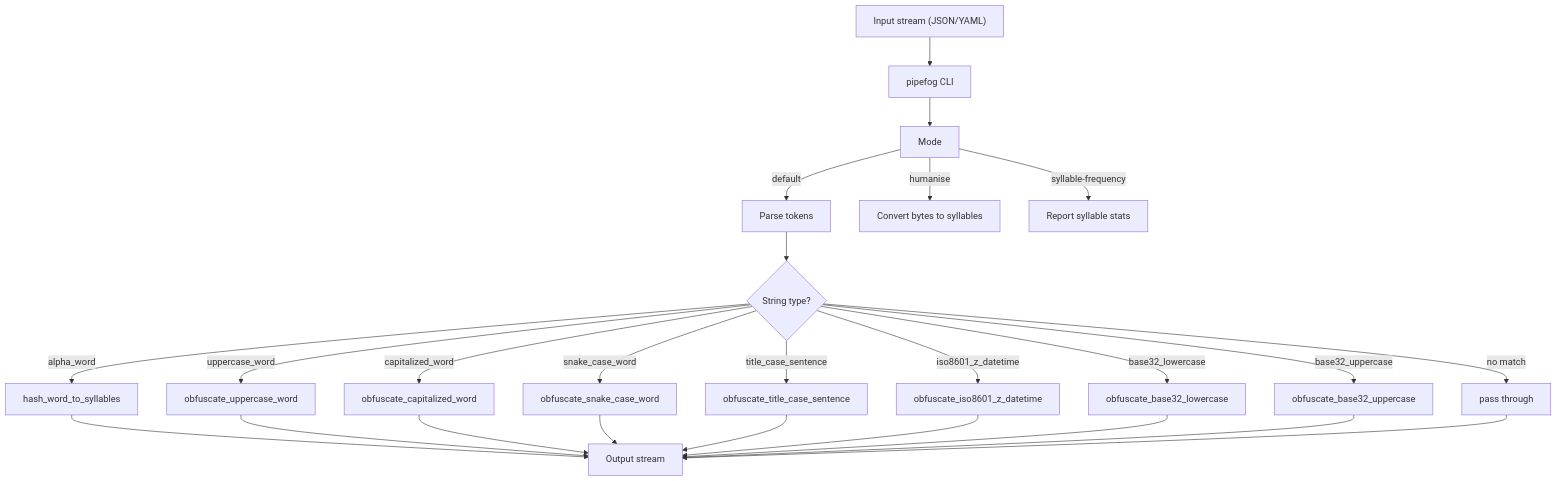
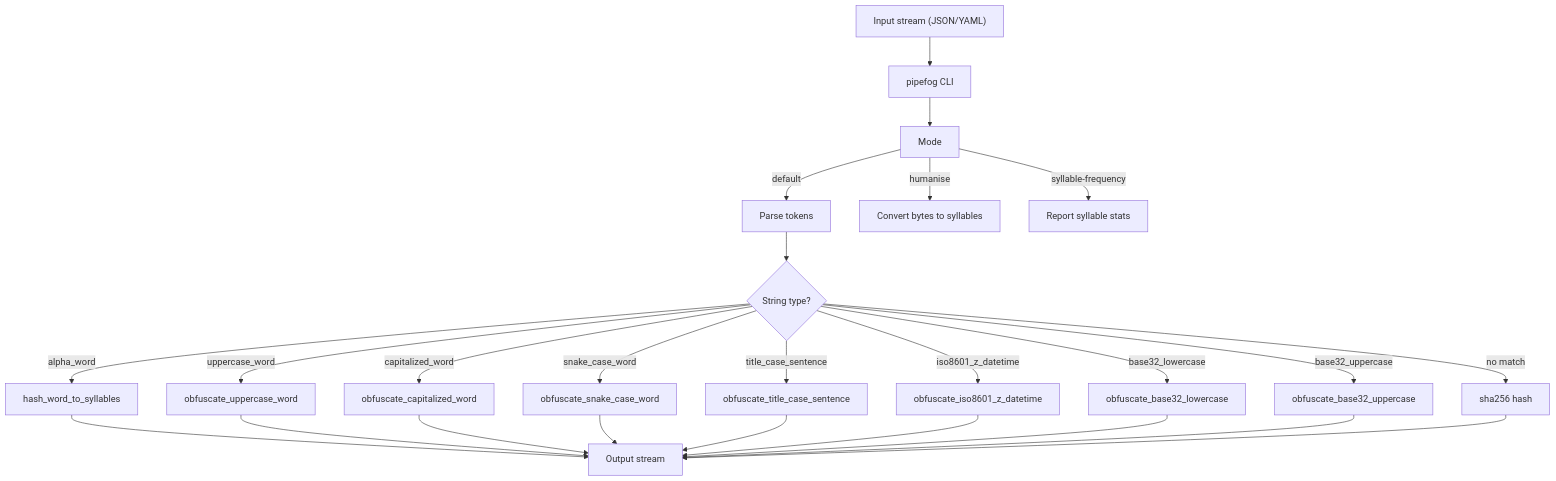
Before and after one commit to renatgalimov/pipefog: the diagram in README.md, drawn with Mermaid.

Commit message:
Document sha256 hashing for unmatched strings

````diff
--- a/README.md
+++ b/README.md
@@ -37,27 +37,27 @@
 ```mermaid
 graph TD
     A["Input stream (JSON/YAML)"] --> B["pipefog CLI"]
     B --> C["Mode"]
     C -->|default| D1["Parse tokens"]
     D1 --> D2{String type?}
     D2 -->|alpha_word| H1["hash_word_to_syllables"]
     D2 -->|uppercase_word| H2["obfuscate_uppercase_word"]
     D2 -->|capitalized_word| H3["obfuscate_capitalized_word"]
     D2 -->|snake_case_word| H4["obfuscate_snake_case_word"]
     D2 -->|title_case_sentence| H5["obfuscate_title_case_sentence"]
     D2 -->|iso8601_z_datetime| H6["obfuscate_iso8601_z_datetime"]
     D2 -->|base32_lowercase| H7["obfuscate_base32_lowercase"]
     D2 -->|base32_uppercase| H8["obfuscate_base32_uppercase"]
-    D2 -->|no match| H9["pass through"]
+    D2 -->|no match| H9["sha256 hash"]
     H1 --> E["Output stream"]
     H2 --> E
     H3 --> E
     H4 --> E
     H5 --> E
     H6 --> E
     H7 --> E
     H8 --> E
     H9 --> E
     C -->|humanise| F["Convert bytes to syllables"]
     C -->|syllable-frequency| G["Report syllable stats"]
 ```
````
